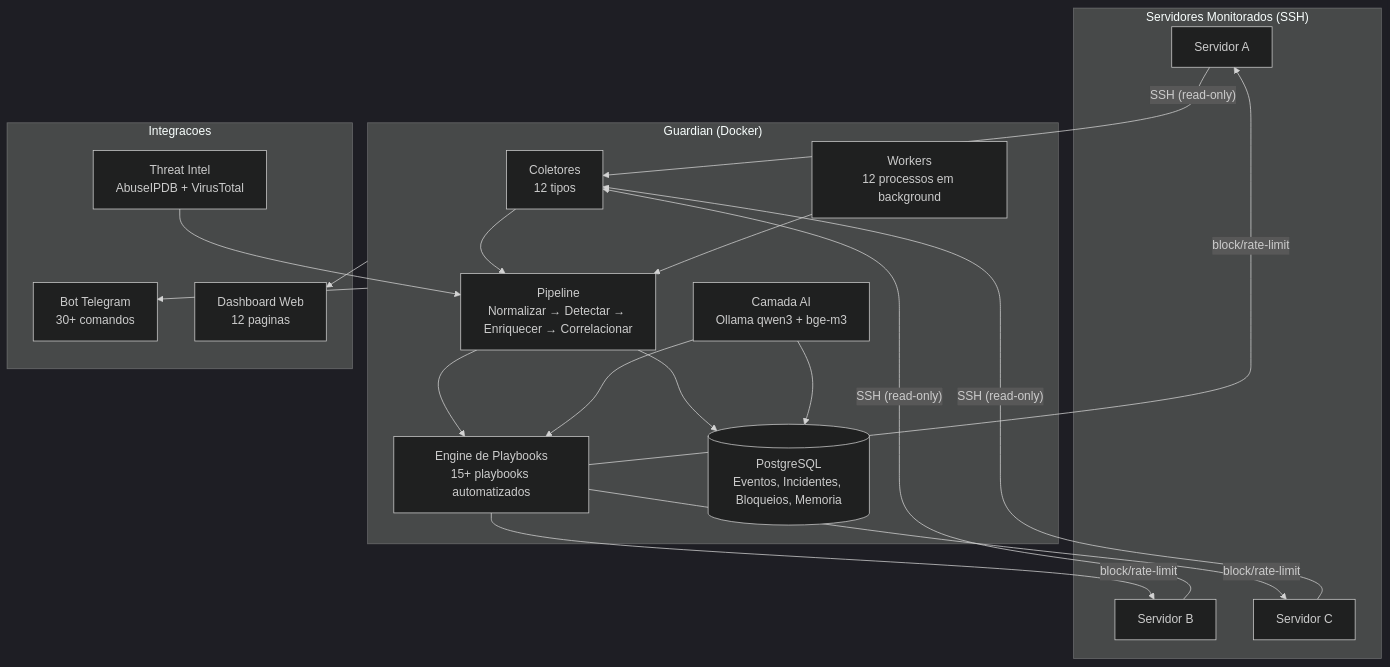
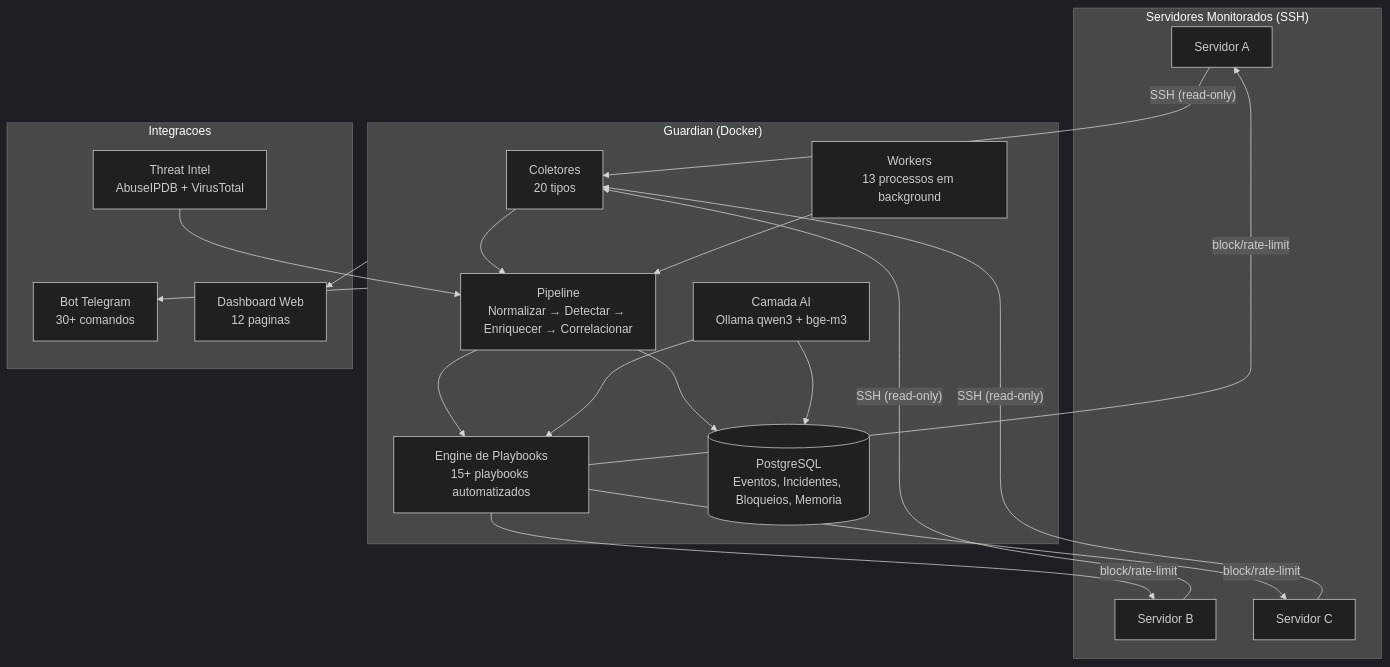
The second of 8 diagrams in README.pt-BR.md (afborda/guardian-blue-team), drawn with Mermaid (dark theme) before and after one commit. The commit also changed other lines of this file and 2 other files, not shown here.

First line of the commit message:
docs: add architecture flow image + sync pt-BR README to v3.1.1

````diff
--- a/README.pt-BR.md
+++ b/README.pt-BR.md
@@ -89,33 +104,33 @@
 ```mermaid
 graph TB
     subgraph Servers["Servidores Monitorados (SSH)"]
         S1[Servidor A]
         S2[Servidor B]
         S3[Servidor C]
     end
 
     subgraph Guardian["Guardian (Docker)"]
-        COLLECT[Coletores\n12 tipos]
+        COLLECT[Coletores\n20 tipos]
         PIPE[Pipeline\nNormalizar → Detectar → Enriquecer → Correlacionar]
         ENGINE[Engine de Playbooks\n15+ playbooks automatizados]
         AI_LAYER[Camada AI\nOllama qwen3 + bge-m3]
         DB[(PostgreSQL\nEventos, Incidentes, Bloqueios, Memoria)]
-        WORKERS[Workers\n12 processos em background]
+        WORKERS[Workers\n13 processos em background]
     end
 
     subgraph External["Integracoes"]
         TG[Bot Telegram\n30+ comandos]
         DASH[Dashboard Web\n12 paginas]
         INTEL[Threat Intel\nAbuseIPDB + VirusTotal]
     end
 
     S1 & S2 & S3 -->|"SSH (read-only)"| COLLECT
     COLLECT --> PIPE --> ENGINE
     ENGINE -->|"block/rate-limit"| S1 & S2 & S3
     PIPE --> DB
     AI_LAYER --> ENGINE
     AI_LAYER --> DB
     WORKERS --> PIPE
     Guardian --> TG & DASH
     INTEL --> PIPE
 ```
````
